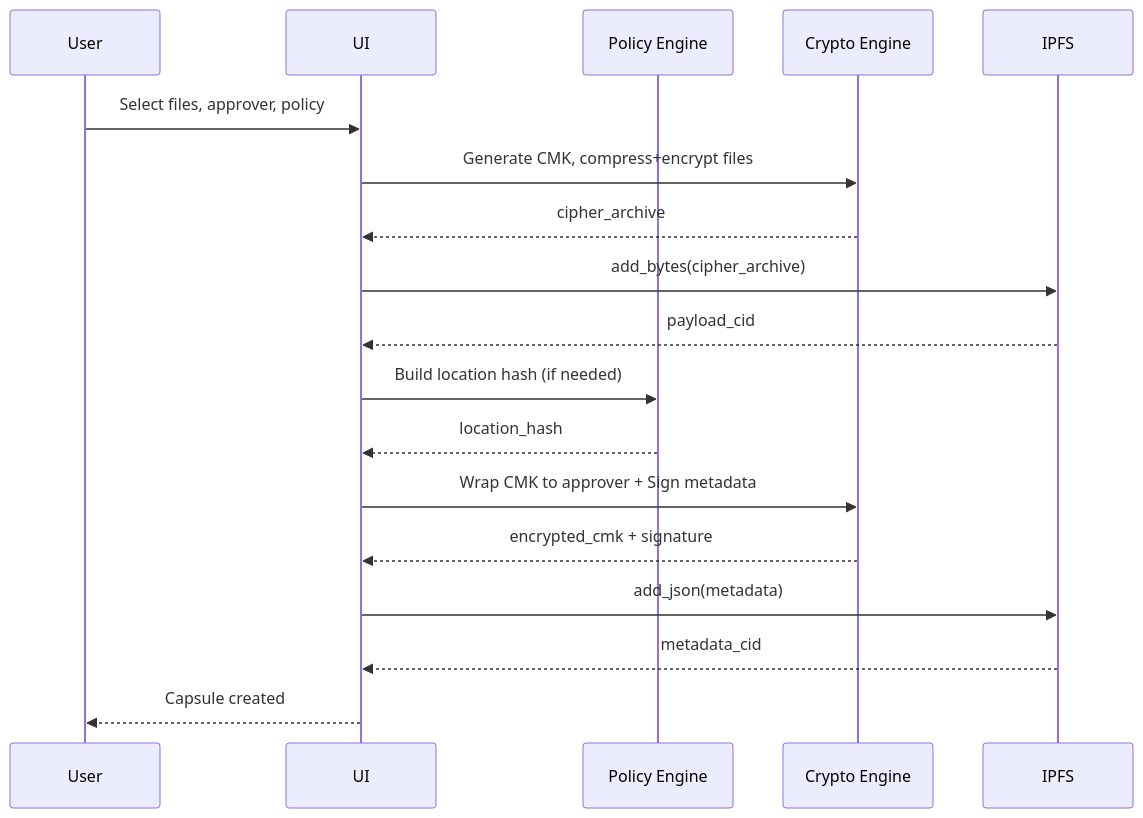
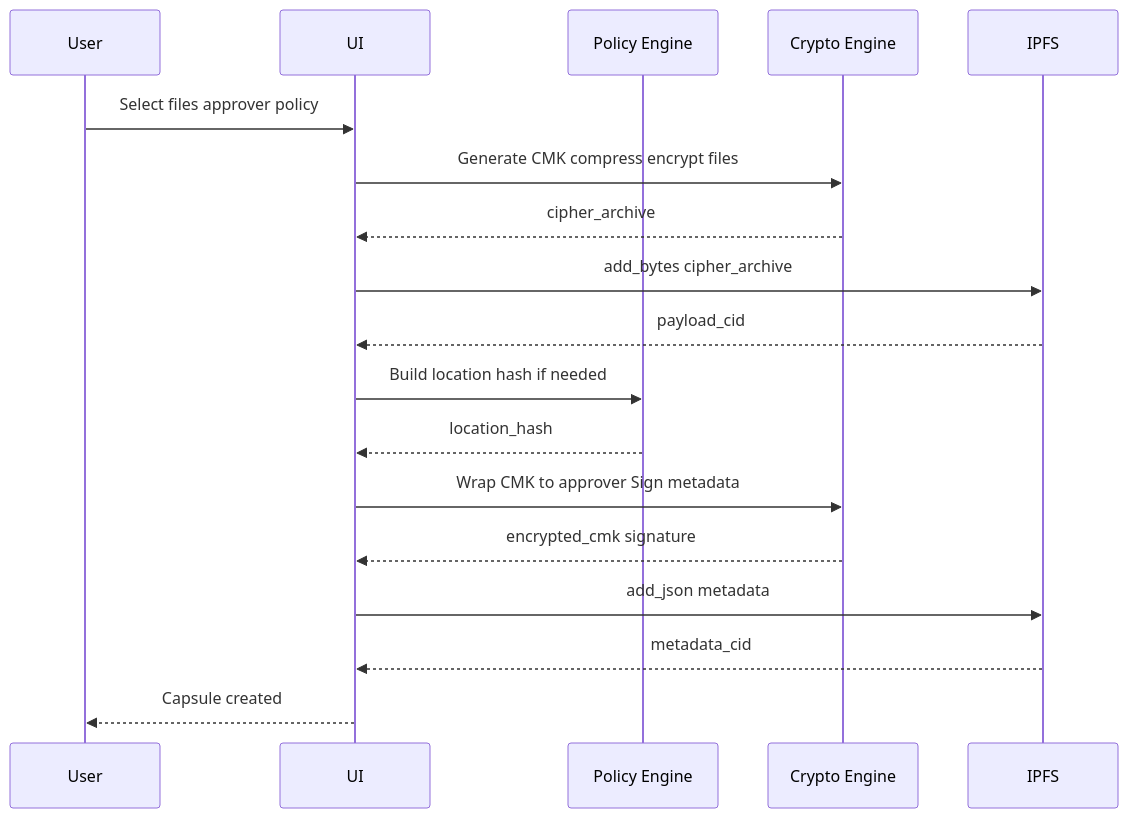
One commit to Teycir/TrustCircle changed the fifth of 5 diagrams in Readme.md. Above: the diagram before and after it, drawn with Mermaid. The commit also changed other lines of this file, not shown here.

Commit message:
fix mermaid issues

````diff
--- a/Readme.md
+++ b/Readme.md
@@ -417,20 +417,20 @@
 ```mermaid
 sequenceDiagram
   participant U as User
   participant UI as UI
   participant POL as Policy Engine
   participant ENC as Crypto Engine
   participant IP as IPFS
-  U->>UI: Select files, approver, policy
-  UI->>ENC: Generate CMK, compress+encrypt files
+  U->>UI: Select files approver policy
+  UI->>ENC: Generate CMK compress encrypt files
   ENC-->>UI: cipher_archive
-  UI->>IP: add_bytes(cipher_archive)
+  UI->>IP: add_bytes cipher_archive
   IP-->>UI: payload_cid
-  UI->>POL: Build location hash (if needed)
+  UI->>POL: Build location hash if needed
   POL-->>UI: location_hash
-  UI->>ENC: Wrap CMK to approver + Sign metadata
-  ENC-->>UI: encrypted_cmk + signature
-  UI->>IP: add_json(metadata)
+  UI->>ENC: Wrap CMK to approver Sign metadata
+  ENC-->>UI: encrypted_cmk signature
+  UI->>IP: add_json metadata
   IP-->>UI: metadata_cid
   UI-->>U: Capsule created
 ```
````
